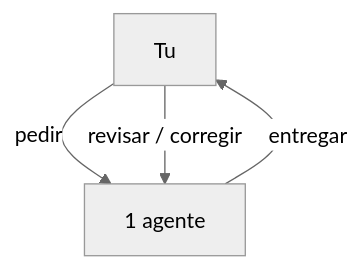
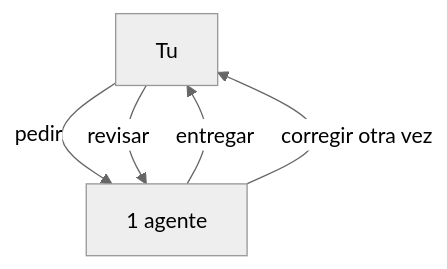
Before and after one commit to SERGIOIVORRA/Manual-Software-Factory-ES: the first of 13 diagrams in README.md, drawn with Mermaid (neutral theme). The commit also changed other lines of this file, not shown here.

Commit message:
Keep video and expand to 13 technical Mermaid schemas

````diff
--- a/README.md
+++ b/README.md
@@ -22,6 +18,7 @@
 ```mermaid
 flowchart TD
   U[Tu] -->|pedir| A[1 agente]
   A -->|entregar| U
-  U -->|revisar / corregir| A
+  U -->|revisar| A
+  A -->|corregir otra vez| U
 ```
````
